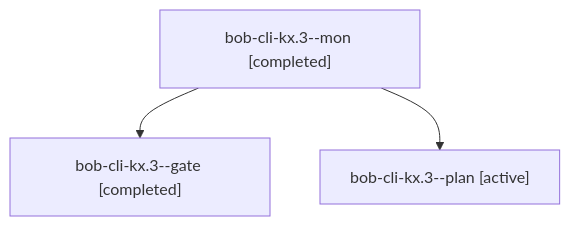
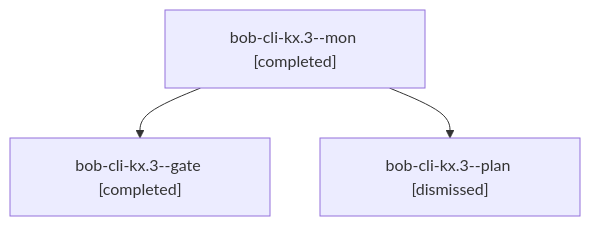
One commit to bobs-org/bob-cli--agents changed the diagram in sessions/bbugyi200.athena.bob-cli-kx.3.md. Above: the diagram before and after it, drawn with Mermaid. The commit also changed other lines of this file and 116 other files, not shown here.

````diff
--- a/sessions/bbugyi200.athena.bob-cli-kx.3.md
+++ b/sessions/bbugyi200.athena.bob-cli-kx.3.md
@@ -9,8 +9,8 @@
 ```mermaid
 flowchart TD
   n0["bob-cli-kx.3--mon [completed]"]
   n1["bob-cli-kx.3--gate [completed]"]
   n0 --> n1
-  n2["bob-cli-kx.3--plan [active]"]
+  n2["bob-cli-kx.3--plan [dismissed]"]
   n0 --> n2
 ```
````
